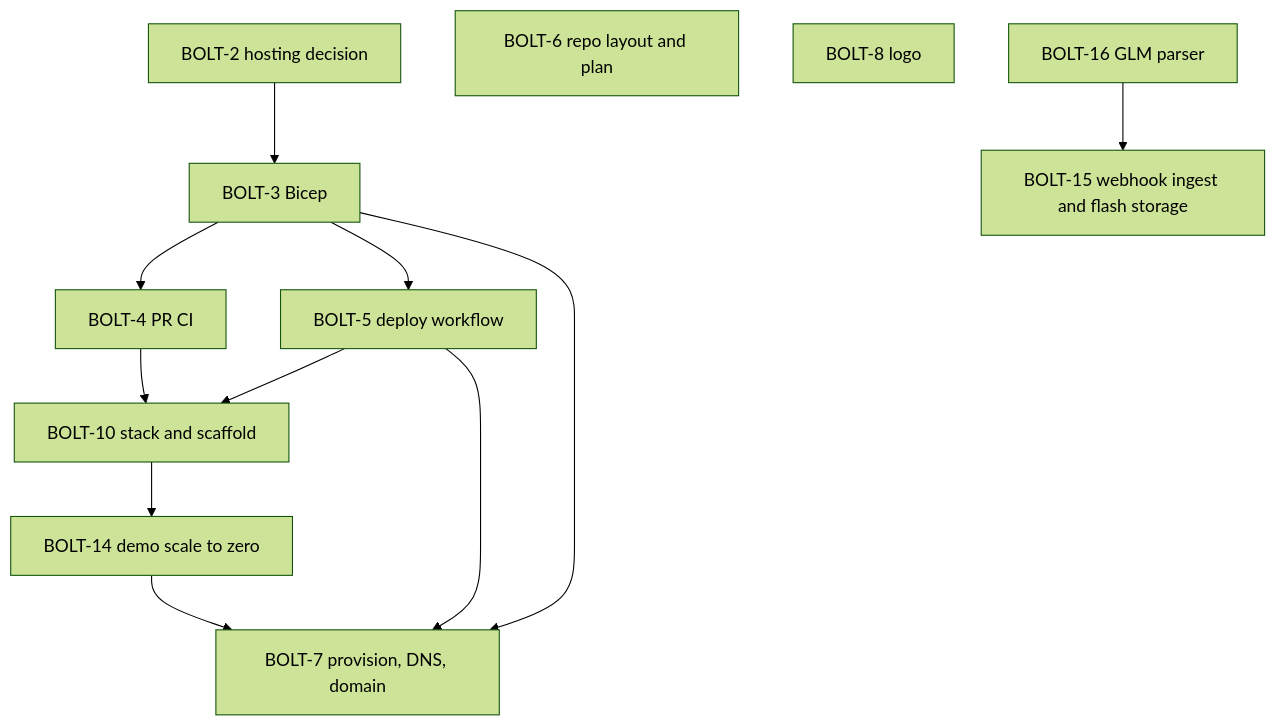
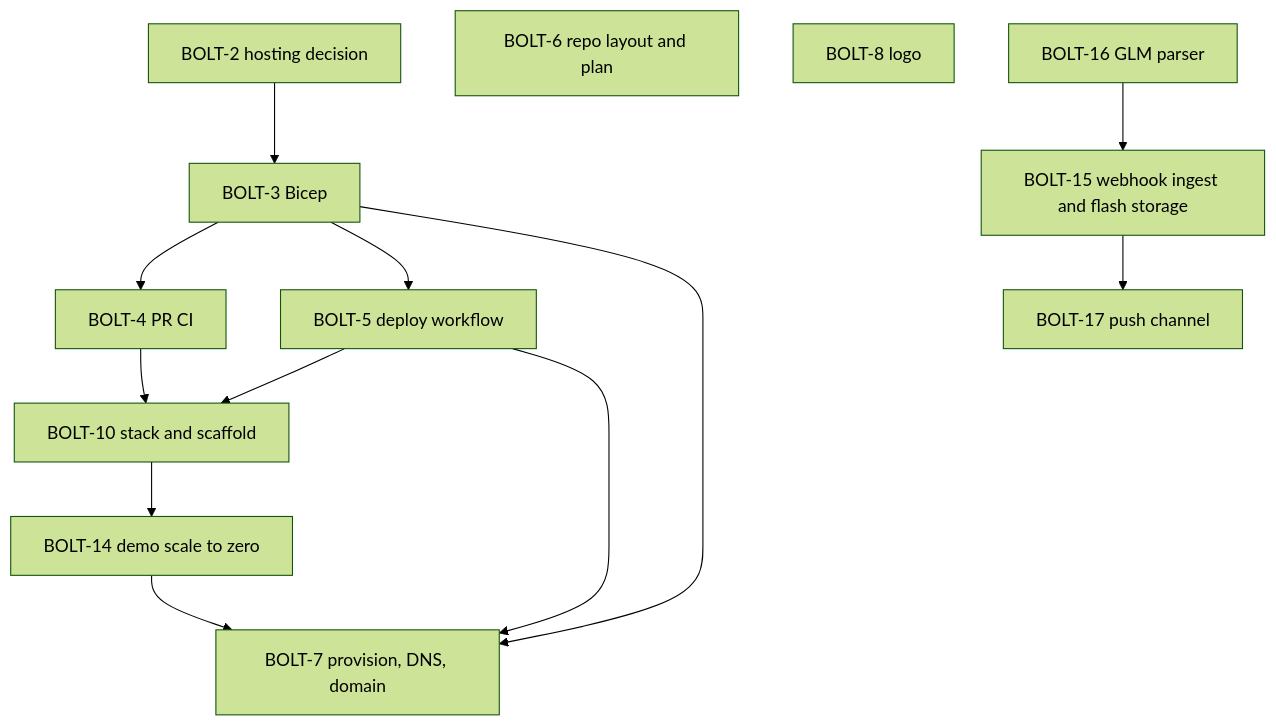
One commit to henrique-meyer/boltclock changed the diagram in docs/plan.md. Above: the diagram before and after it, drawn with Mermaid (forest theme). The commit also changed other lines of this file and 17 other files, not shown here.

````diff
--- a/docs/plan.md
+++ b/docs/plan.md
@@ -15,24 +15,26 @@
 ```mermaid
 flowchart TD
   s2[BOLT-2 hosting decision]
   s3[BOLT-3 Bicep]
   s4[BOLT-4 PR CI]
   s5[BOLT-5 deploy workflow]
   s6[BOLT-6 repo layout and plan]
   s7[BOLT-7 provision, DNS, domain]
   s8[BOLT-8 logo]
   s10[BOLT-10 stack and scaffold]
   s14[BOLT-14 demo scale to zero]
   s15[BOLT-15 webhook ingest and flash storage]
   s16[BOLT-16 GLM parser]
+  s17[BOLT-17 push channel]
   s2 --> s3
   s4 --> s10
   s5 --> s10
   s3 --> s4
   s3 --> s5
   s3 --> s7
   s5 --> s7
   s10 --> s14
   s14 --> s7
   s16 --> s15
+  s15 --> s17
 ```
````
